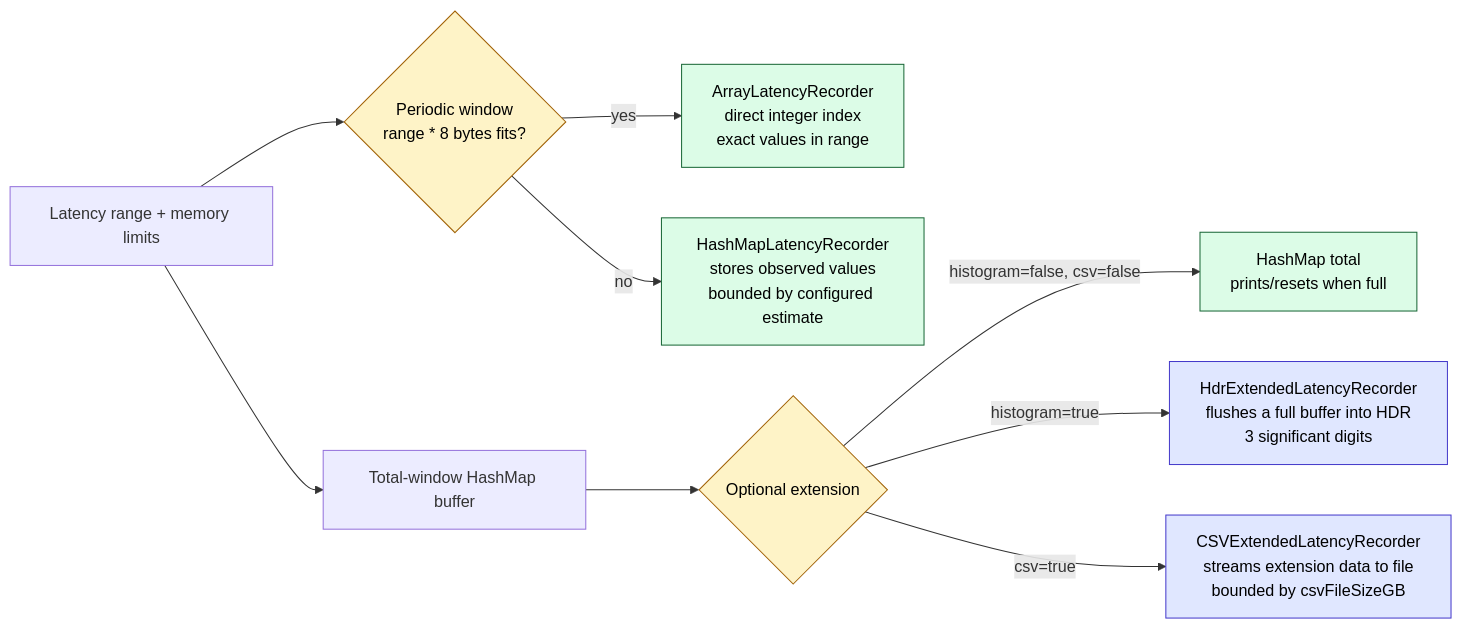
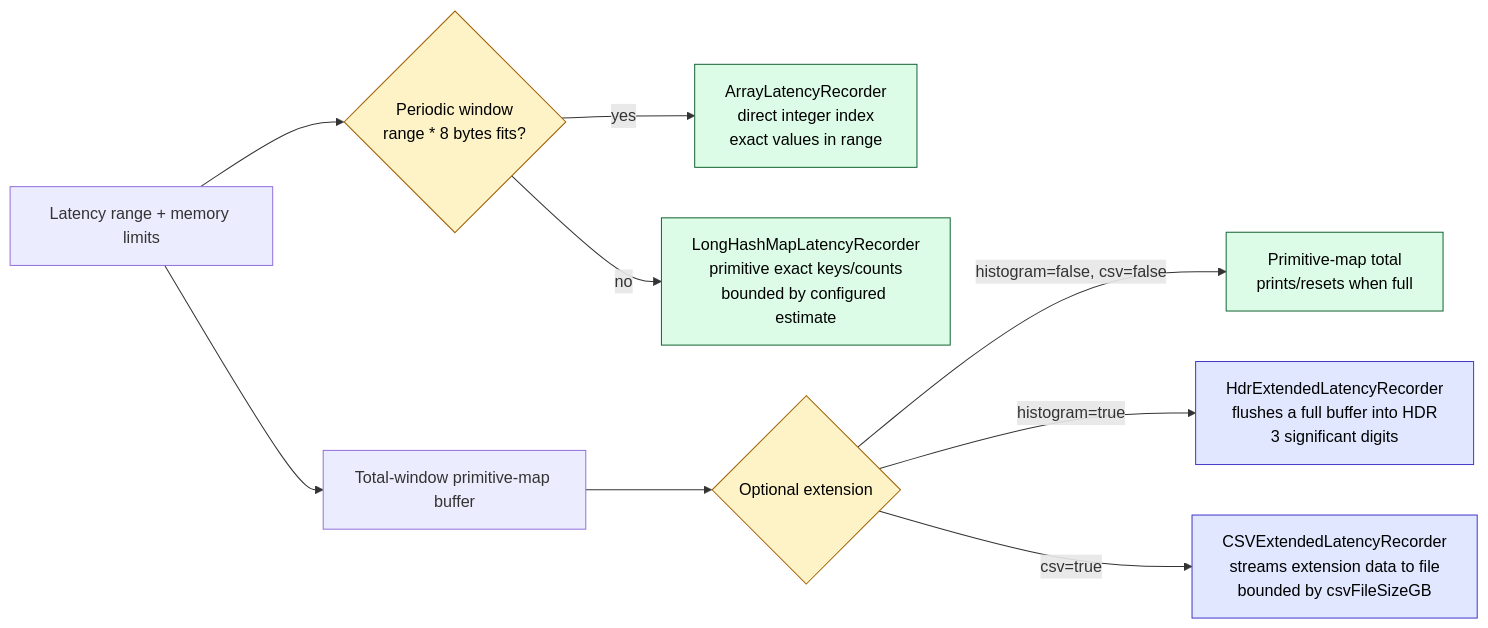
Diagram 13 of 42 in docs/sbk-internals.md (kmgowda/SBK), drawn with Mermaid before and after one commit. The commit also changed other lines of this file and 4 other files, not shown here.

Commit message:
Document PerL latency recorder performance

````diff
--- a/docs/sbk-internals.md
+++ b/docs/sbk-internals.md
@@ -920,19 +923,19 @@
 ```mermaid
 flowchart LR
     CFG["Latency range + memory limits"] --> PERIODIC{"Periodic window<br/>range * 8 bytes fits?"}
     PERIODIC -->|yes| ARRAY["ArrayLatencyRecorder<br/>direct integer index<br/>exact values in range"]
-    PERIODIC -->|no| MAP["HashMapLatencyRecorder<br/>stores observed values<br/>bounded by configured estimate"]
+    PERIODIC -->|no| MAP["LongHashMapLatencyRecorder<br/>primitive exact keys/counts<br/>bounded by configured estimate"]
 
-    CFG --> TOTAL["Total-window HashMap buffer"]
+    CFG --> TOTAL["Total-window primitive-map buffer"]
     TOTAL --> MODE{"Optional extension"}
-    MODE -->|histogram=false, csv=false| MAPTOTAL["HashMap total<br/>prints/resets when full"]
+    MODE -->|histogram=false, csv=false| MAPTOTAL["Primitive-map total<br/>prints/resets when full"]
     MODE -->|histogram=true| HDR["HdrExtendedLatencyRecorder<br/>flushes a full buffer into HDR<br/>3 significant digits"]
     MODE -->|csv=true| CSV["CSVExtendedLatencyRecorder<br/>streams extension data to file<br/>bounded by csvFileSizeGB"]
 
     classDef decision fill:#fef3c7,stroke:#a16207,color:#000
     classDef exact fill:#dcfce7,stroke:#166534,color:#000
     classDef bounded fill:#e0e7ff,stroke:#4338ca,color:#000
     class PERIODIC,MODE decision
     class ARRAY,MAP,MAPTOTAL exact
     class HDR,CSV bounded
 ```
````
